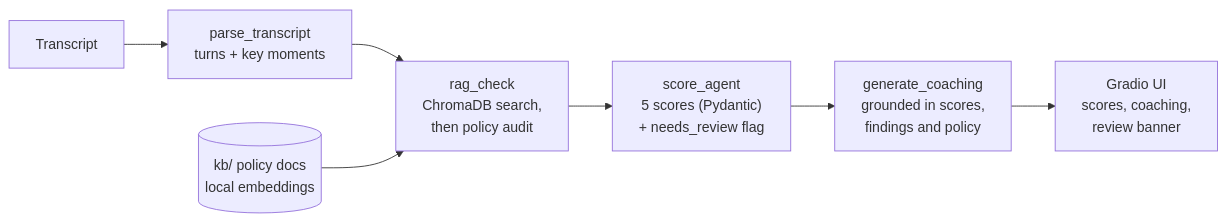
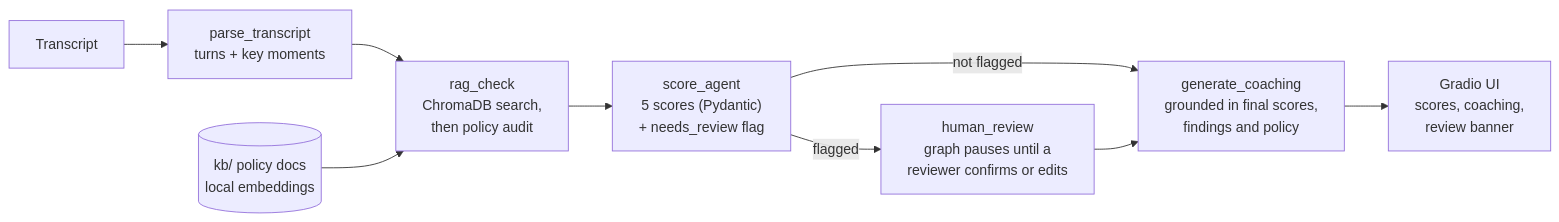
The diagram in README.md (GSruthi1/call-quality-copilot), drawn with Mermaid before and after one commit. The commit also changed other lines of this file and 3 other files, not shown here.

First line of the commit message:
Add real human-in-the-loop: conditional edge, interrupt-based review, reviewer UI

````diff
--- a/README.md
+++ b/README.md
@@ -13,9 +13,11 @@
 ```mermaid
 flowchart LR
     T[Transcript] --> P["parse_transcript<br/>turns + key moments"]
     P --> R["rag_check<br/>ChromaDB search,<br/>then policy audit"]
     KB[("kb/ policy docs<br/>local embeddings")] --> R
     R --> S["score_agent<br/>5 scores (Pydantic)<br/>+ needs_review flag"]
-    S --> C["generate_coaching<br/>grounded in scores,<br/>findings and policy"]
+    S -->|"flagged"| H["human_review<br/>graph pauses until a<br/>reviewer confirms or edits"]
+    S -->|"not flagged"| C
+    H --> C["generate_coaching<br/>grounded in final scores,<br/>findings and policy"]
     C --> UI["Gradio UI<br/>scores, coaching,<br/>review banner"]
 ```
````
